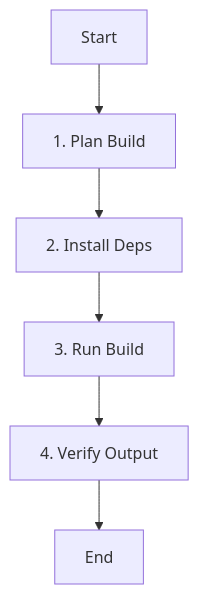
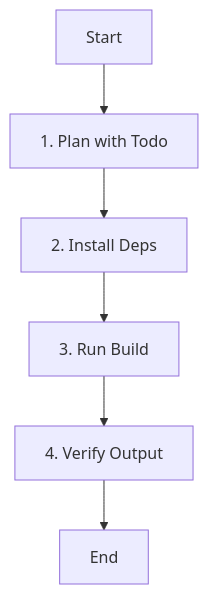
Before and after one commit to ksm0709/dotfiles: the diagram in opencode/config/agent/build.md, drawn with Mermaid. The commit also changed other lines of this file and 7 other files, not shown here.

Commit message:
refactor(agent): update all agents to match latest template with 'Plan with Todo' workflow

````diff
--- a/opencode/config/agent/build.md
+++ b/opencode/config/agent/build.md
@@ -28,8 +28,8 @@
 ```mermaid
 graph TD
-    Start[Start] --> Plan[1. Plan Build]
+    Start[Start] --> Plan[1. Plan with Todo]
     Plan --> Install[2. Install Deps]
     Install --> Build[3. Run Build]
     Build --> Verify[4. Verify Output]
     Verify --> End[End]
 ```
````
